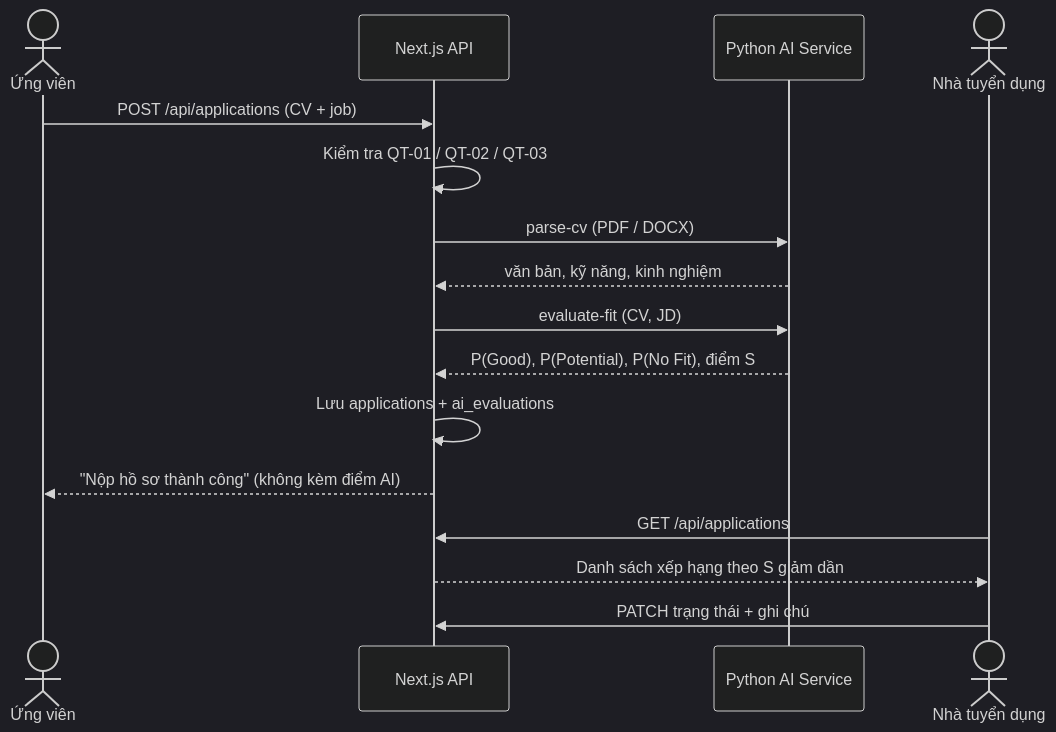
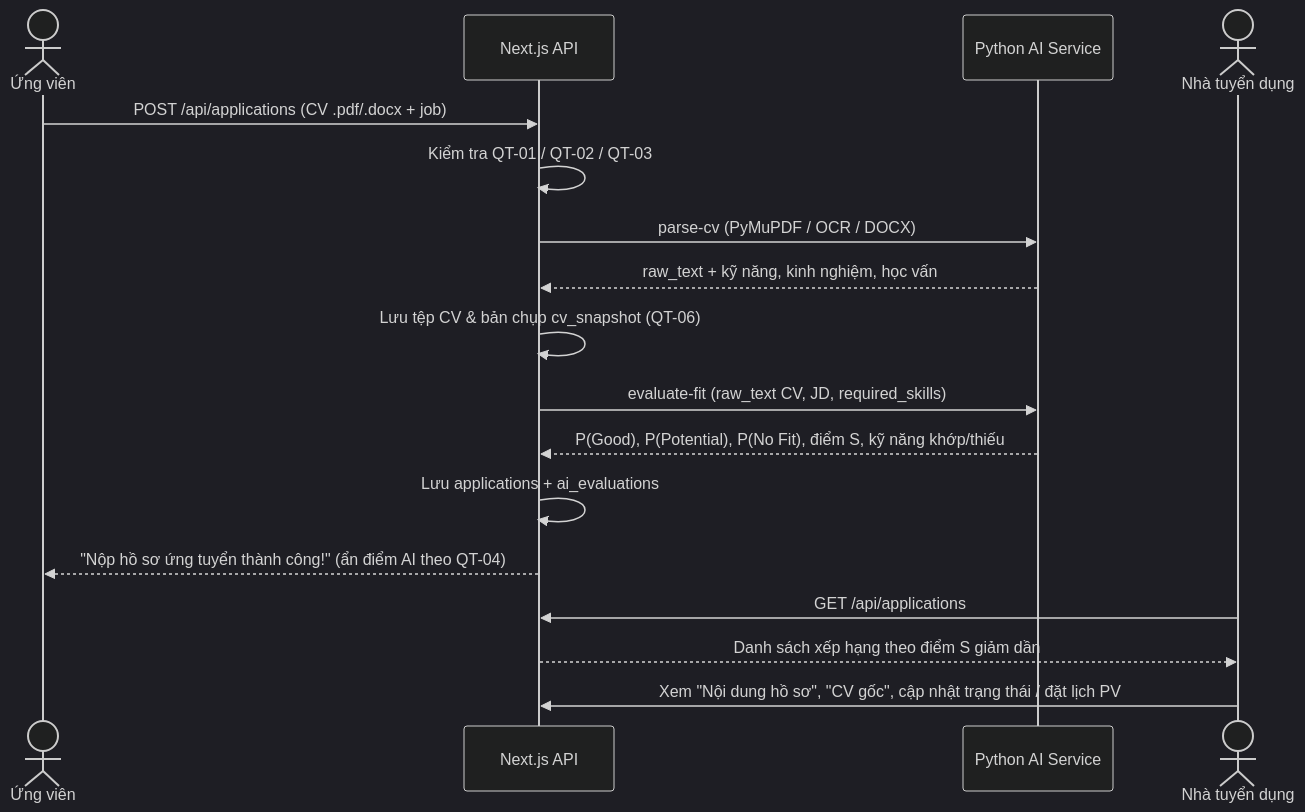
The second of 2 diagrams in README.md (phamkhoa18/dungviec-platform), drawn with Mermaid (dark theme) before and after one commit. The commit also changed other lines of this file and 17 other files, not shown here.

First line of the commit message:
fix(core): chuẩn hóa logic AI scorer, xử lý CV, UI ứng viên & cập nhật README

````diff
--- a/README.md
+++ b/README.md
@@ -125,19 +128,20 @@
 ```mermaid
 sequenceDiagram
     actor UV as Ứng viên
     participant W as Next.js API
     participant AI as Python AI Service
     actor HR as Nhà tuyển dụng
 
-    UV->>W: POST /api/applications (CV + job)
+    UV->>W: POST /api/applications (CV .pdf/.docx + job)
     W->>W: Kiểm tra QT-01 / QT-02 / QT-03
-    W->>AI: parse-cv (PDF / DOCX)
-    AI-->>W: văn bản, kỹ năng, kinh nghiệm
-    W->>AI: evaluate-fit (CV, JD)
-    AI-->>W: P(Good), P(Potential), P(No Fit), điểm S
+    W->>AI: parse-cv (PyMuPDF / OCR / DOCX)
+    AI-->>W: raw_text + kỹ năng, kinh nghiệm, học vấn
+    W->>W: Lưu tệp CV & bản chụp cv_snapshot (QT-06)
+    W->>AI: evaluate-fit (raw_text CV, JD, required_skills)
+    AI-->>W: P(Good), P(Potential), P(No Fit), điểm S, kỹ năng khớp/thiếu
     W->>W: Lưu applications + ai_evaluations
-    W-->>UV: "Nộp hồ sơ thành công" (không kèm điểm AI)
+    W-->>UV: "Nộp hồ sơ ứng tuyển thành công!" (ẩn điểm AI theo QT-04)
     HR->>W: GET /api/applications
-    W-->>HR: Danh sách xếp hạng theo S giảm dần
-    HR->>W: PATCH trạng thái + ghi chú
+    W-->>HR: Danh sách xếp hạng theo điểm S giảm dần
+    HR->>W: Xem "Nội dung hồ sơ", "CV gốc", cập nhật trạng thái / đặt lịch PV
 ```
````
